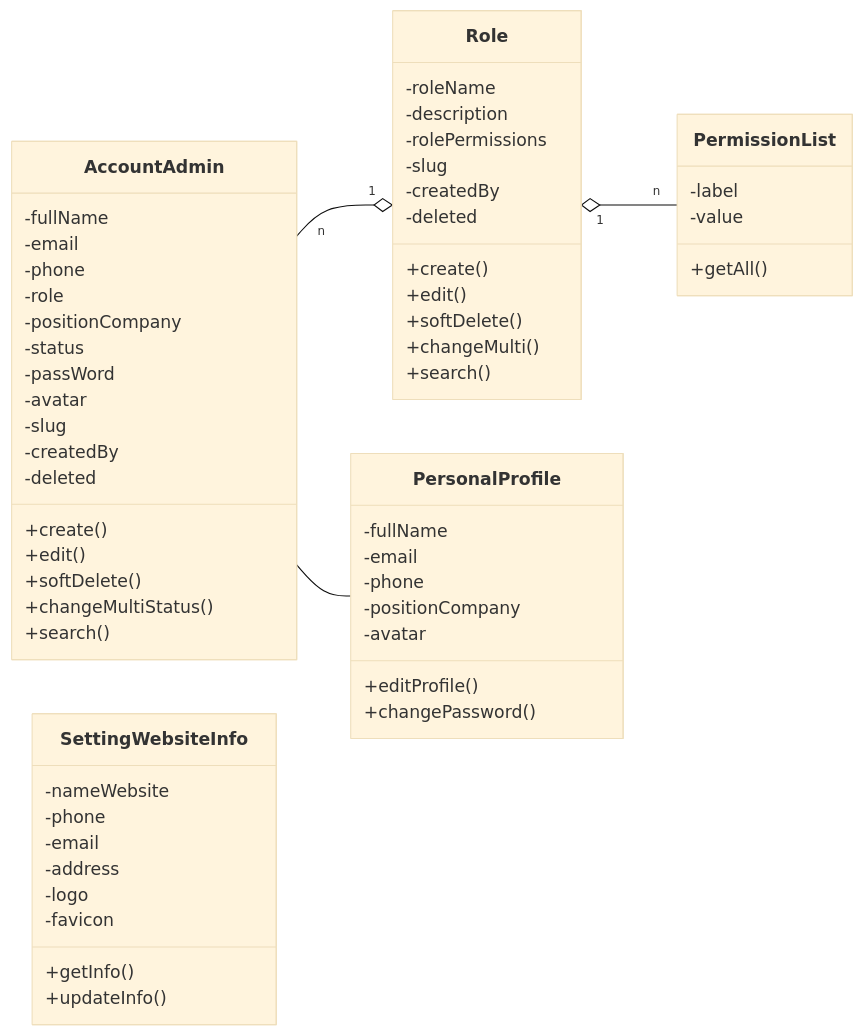
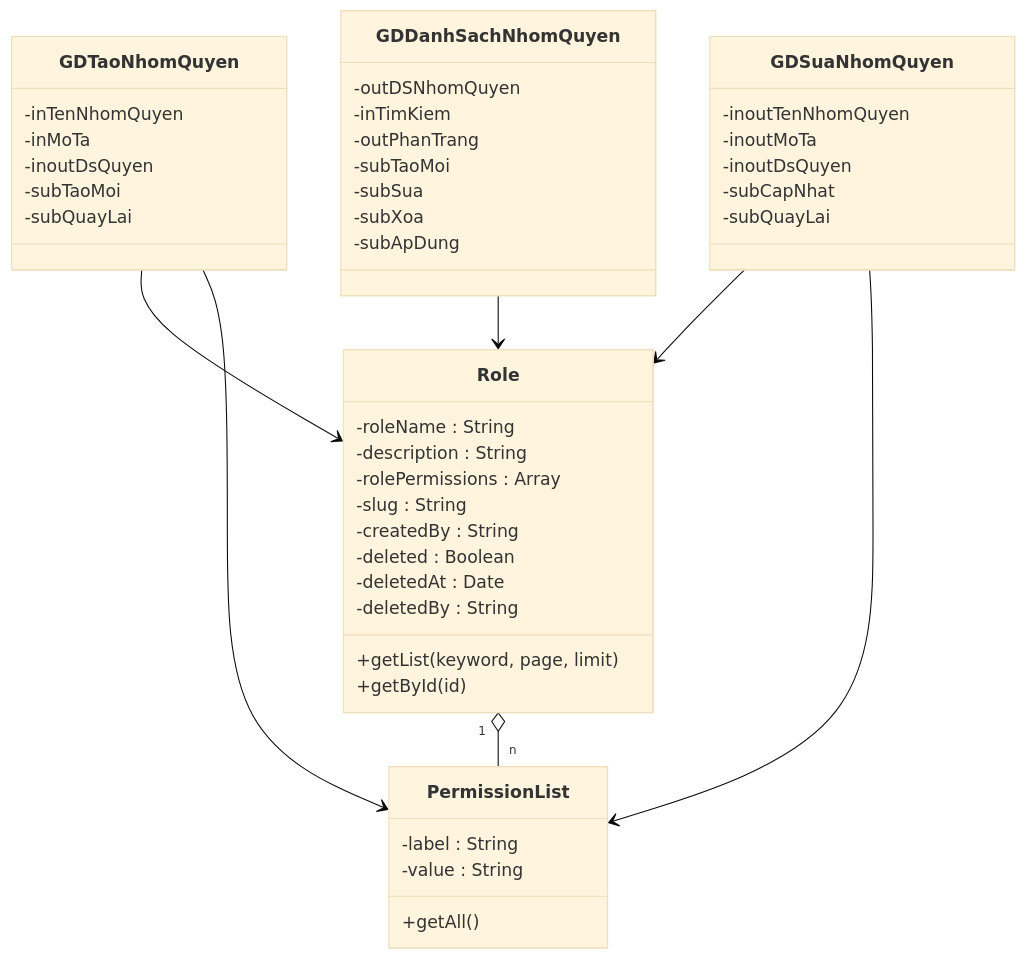
One commit to Hieuit04/Travel-Tour-Booking changed the fifth of 44 diagrams in SYSTEM_DESIGN_ADMIN_SETTING_PROFILE.md. Above: the diagram before and after it, drawn with Mermaid (base theme). The commit also changed other lines of this file and 35 other files, not shown here.

````diff
--- a/SYSTEM_DESIGN_ADMIN_SETTING_PROFILE.md
+++ b/SYSTEM_DESIGN_ADMIN_SETTING_PROFILE.md
@@ -248,68 +648,56 @@
 ```mermaid
 classDiagram
-    direction LR
+    direction TB
 
-    class AccountAdmin {
-        -fullName
-        -email
-        -phone
-        -role
-        -positionCompany
-        -status
-        -passWord
-        -avatar
-        -slug
-        -createdBy
-        -deleted
-        +create()
-        +edit()
-        +softDelete()
-        +changeMultiStatus()
-        +search()
+    class GDDanhSachNhomQuyen {
+        -outDSNhomQuyen
+        -inTimKiem
+        -outPhanTrang
+        -subTaoMoi
+        -subSua
+        -subXoa
+        -subApDung
+    }
+
+    class GDTaoNhomQuyen {
+        -inTenNhomQuyen
+        -inMoTa
+        -inoutDsQuyen
+        -subTaoMoi
+        -subQuayLai
+    }
+
+    class GDSuaNhomQuyen {
+        -inoutTenNhomQuyen
+        -inoutMoTa
+        -inoutDsQuyen
+        -subCapNhat
+        -subQuayLai
     }
 
     class Role {
-        -roleName
-        -description
-        -rolePermissions
-        -slug
-        -createdBy
-        -deleted
-        +create()
-        +edit()
-        +softDelete()
-        +changeMulti()
-        +search()
-    }
-
-    class SettingWebsiteInfo {
-        -nameWebsite
-        -phone
-        -email
-        -address
-        -logo
-        -favicon
-        +getInfo()
-        +updateInfo()
-    }
-
-    class PersonalProfile {
-        -fullName
-        -email
-        -phone
-        -positionCompany
-        -avatar
-        +editProfile()
-        +changePassword()
+        -roleName : String
+        -description : String
+        -rolePermissions : Array
+        -slug : String
+        -createdBy : String
+        -deleted : Boolean
+        -deletedAt : Date
+        -deletedBy : String
+        +getList(keyword, page, limit)
+        +getById(id)
     }
 
     class PermissionList {
-        -label
-        -value
+        -label : String
+        -value : String
         +getAll()
     }
 
-    AccountAdmin "n" --o "1" Role
+    GDDanhSachNhomQuyen --> Role
+    GDTaoNhomQuyen --> Role
+    GDSuaNhomQuyen --> Role
+    GDTaoNhomQuyen --> PermissionList
+    GDSuaNhomQuyen --> PermissionList
     Role "1" o-- "n" PermissionList
-    AccountAdmin -- PersonalProfile
 ```
````
